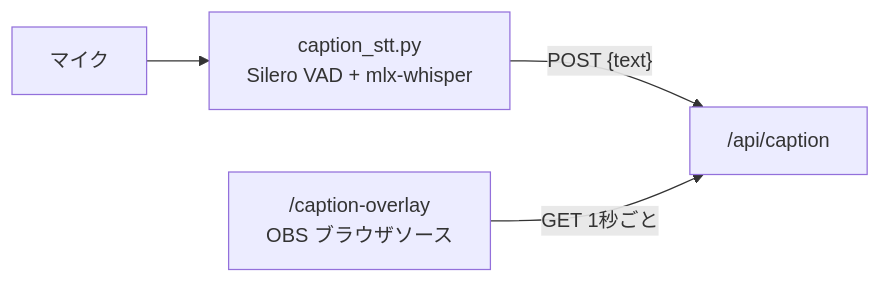
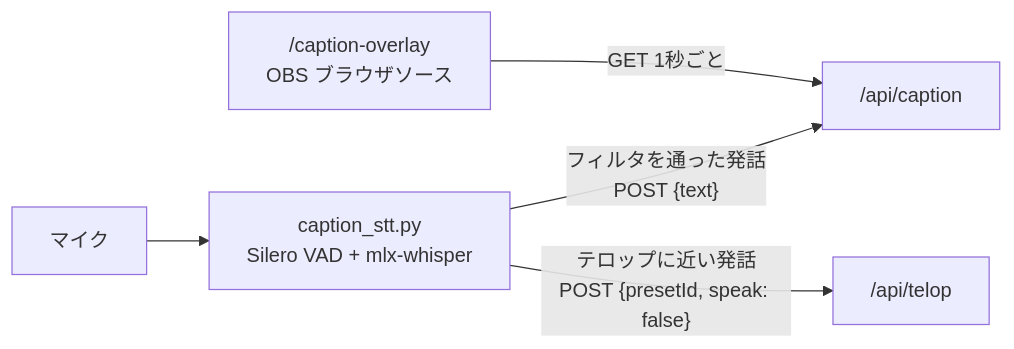
One commit to eddie-splatoon/splatoon-point-counter changed the first of 3 diagrams in README.md. Above: the diagram before and after it, drawn with Mermaid. The commit also changed other lines of this file and 8 other files, not shown here.

````diff
--- a/README.md
+++ b/README.md
@@ -58,6 +58,7 @@
 ```mermaid
 flowchart LR
     Mic[マイク] --> STT["caption_stt.py<br/>Silero VAD + mlx-whisper"]
-    STT -- "POST {text}" --> API["/api/caption"]
+    STT -- "フィルタを通った発話<br/>POST {text}" --> API["/api/caption"]
+    STT -- "テロップに近い発話<br/>POST {presetId, speak: false}" --> TELOP["/api/telop"]
     OVL["/caption-overlay<br/>OBS ブラウザソース"] -- "GET 1秒ごと" --> API
 ```
````
